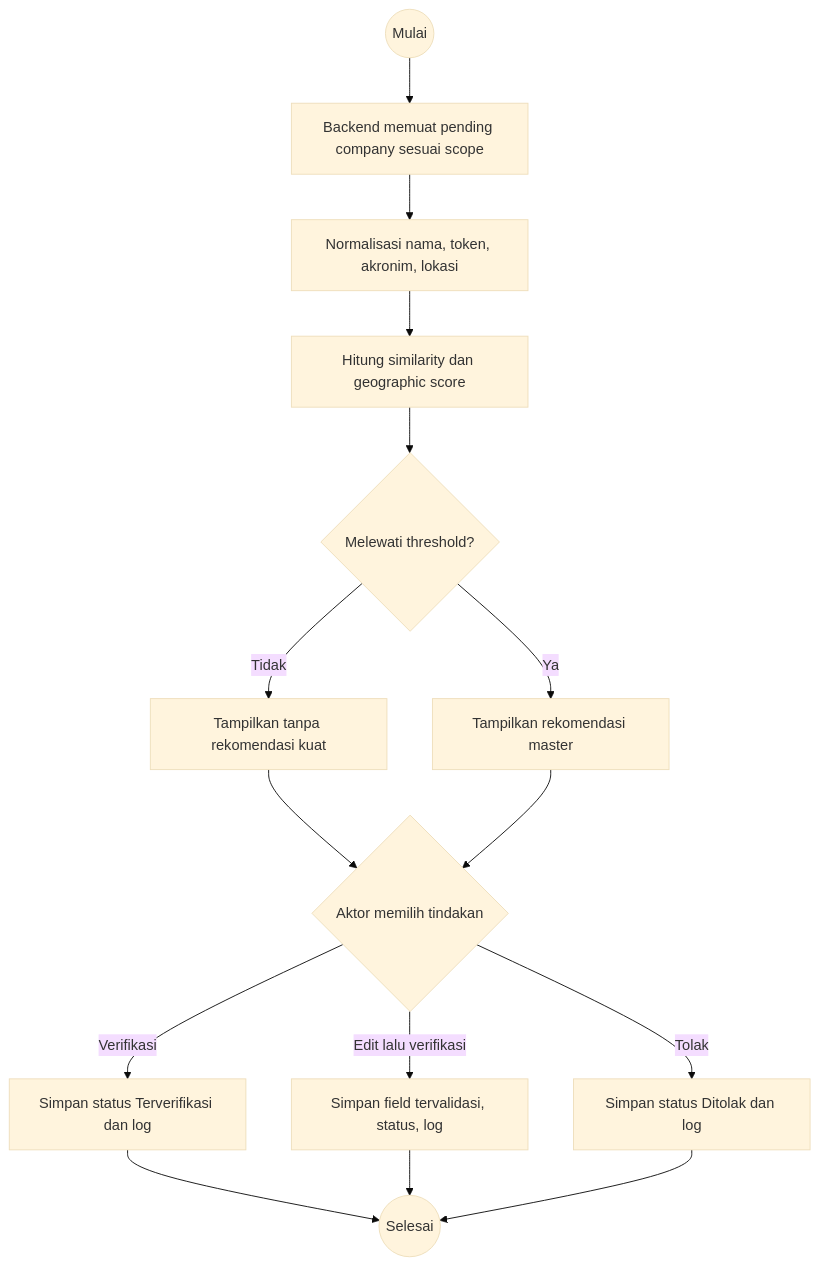
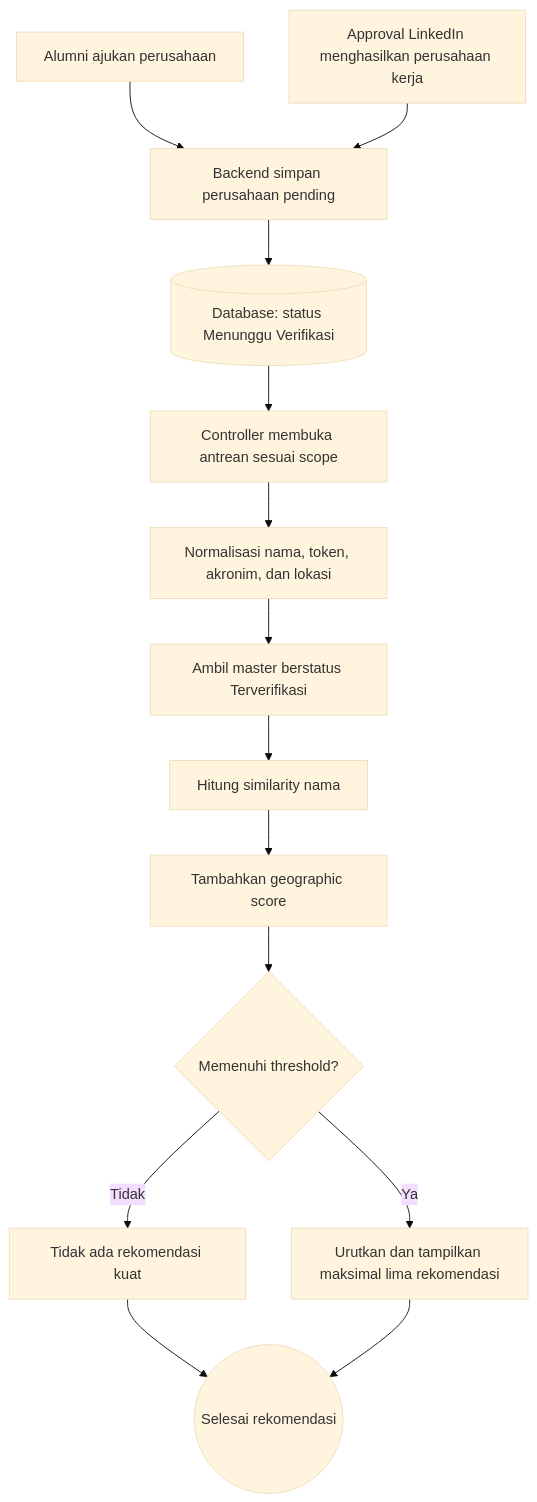
The fifth of 7 diagrams in docs/activitydiagram.md (claraanjelitakd/tugas-akhir), drawn with Mermaid (base theme) before and after one commit. The commit also changed other lines of this file and 83 other files, not shown here.

```diff
--- a/docs/activitydiagram.md
+++ b/docs/activitydiagram.md
@@ -383,17 +476,16 @@
 ~~~mermaid
 flowchart TD
-  A((Mulai)) --> L[Backend memuat pending company sesuai scope]
-  L --> N[Normalisasi nama, token, akronim, lokasi]
-  N --> M[Hitung similarity dan geographic score]
-  M --> T{Melewati threshold?}
-  T -- Tidak --> P[Tampilkan tanpa rekomendasi kuat]
-  T -- Ya --> R[Tampilkan rekomendasi master]
-  P --> D{Aktor memilih tindakan}
-  R --> D
-  D -- Verifikasi --> V[Simpan status Terverifikasi dan log]
-  D -- Edit lalu verifikasi --> E[Simpan field tervalidasi, status, log]
-  D -- Tolak --> X[Simpan status Ditolak dan log]
-  V --> Z((Selesai))
-  E --> Z
-  X --> Z
+  A[Alumni ajukan perusahaan] --> B[Backend simpan perusahaan pending]
+  L[Approval LinkedIn menghasilkan perusahaan kerja] --> B
+  B --> DB[(Database: status Menunggu Verifikasi)]
+  DB --> I[Controller membuka antrean sesuai scope]
+  I --> N[Normalisasi nama, token, akronim, dan lokasi]
+  N --> M[Ambil master berstatus Terverifikasi]
+  M --> S[Hitung similarity nama]
+  S --> G[Tambahkan geographic score]
+  G --> T{Memenuhi threshold?}
+  T -- Tidak --> E[Tidak ada rekomendasi kuat]
+  T -- Ya --> R[Urutkan dan tampilkan maksimal lima rekomendasi]
+  E --> Z((Selesai rekomendasi))
+  R --> Z
 ~~~
```
